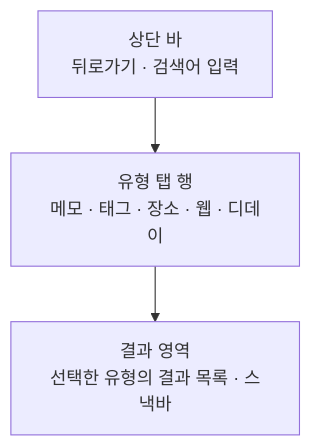
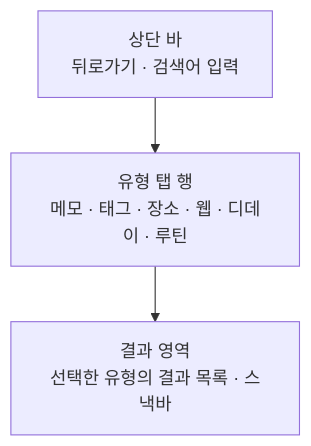
One commit to taetae98coding/DiaryKMP changed the diagram in docs/design/search-home.md. Above: the diagram before and after it, drawn with Mermaid. The commit also changed other lines of this file and 106 other files, not shown here.

````diff
--- a/docs/design/search-home.md
+++ b/docs/design/search-home.md
@@ -17,5 +17,5 @@
 ```mermaid
 flowchart TD
-    Bar["상단 바<br/>뒤로가기 · 검색어 입력"] --> Tabs["유형 탭 행<br/>메모 · 태그 · 장소 · 웹 · 디데이"]
+    Bar["상단 바<br/>뒤로가기 · 검색어 입력"] --> Tabs["유형 탭 행<br/>메모 · 태그 · 장소 · 웹 · 디데이 · 루틴"]
     Tabs --> Result["결과 영역<br/>선택한 유형의 결과 목록 · 스낵바"]
 ```
````
